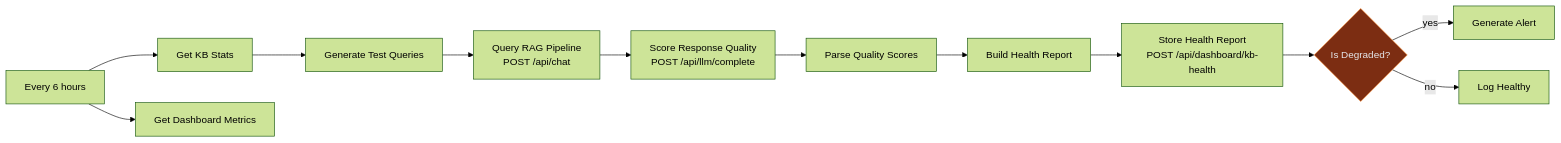
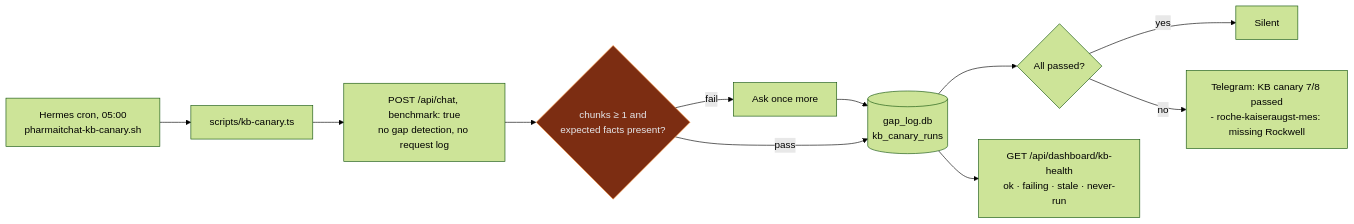
Before and after one commit to sebdallais-git/PharmaIT_Chat_and_Digest: the third of 11 diagrams in README.md, drawn with Mermaid (forest theme). The commit also changed other lines of this file and 12 other files, not shown here.

````diff
--- a/README.md
+++ b/README.md
@@ -173,16 +173,15 @@
 ```mermaid
 flowchart LR
-    T["Every 6 hours"] --> KS["Get KB Stats"]
-    T --> DM["Get Dashboard Metrics"]
-    KS --> GQ["Generate Test Queries"]
-    GQ --> RAG["Query RAG Pipeline<br/>POST /api/chat"]
-    RAG --> SC["Score Response Quality<br/>POST /api/llm/complete"]
-    SC --> PS["Parse Quality Scores"]
-    PS --> BR["Build Health Report"]
-    BR --> SR["Store Health Report<br/>POST /api/dashboard/kb-health"]
-    SR --> DG{"Is Degraded?"}
-    DG -- "yes" --> AL["Generate Alert"]
-    DG -- "no" --> OK["Log Healthy"]
+    H["Hermes cron, 05:00<br/>pharmaitchat-kb-canary.sh"] --> S["scripts/kb-canary.ts"]
+    S --> C["POST /api/chat, benchmark: true<br/>no gap detection, no request log"]
+    C --> K{"chunks ≥ 1 and<br/>expected facts present?"}
+    K -- "fail" --> R["Ask once more"]
+    R --> DB[("gap_log.db<br/>kb_canary_runs")]
+    K -- "pass" --> DB
+    DB --> T{"All passed?"}
+    T -- "yes" --> Q["Silent"]
+    T -- "no" --> TG["Telegram: KB canary 7/8 passed<br/>- roche-kaiseraugst-mes: missing Rockwell"]
+    DB --> API["GET /api/dashboard/kb-health<br/>ok · failing · stale · never-run"]
 
-    style DG fill:#7c2d12,stroke:#fb923c,color:#e5e7eb
+    style K fill:#7c2d12,stroke:#fb923c,color:#e5e7eb
 ```
````
